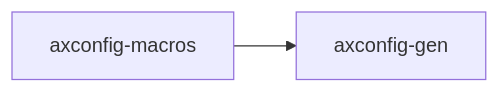
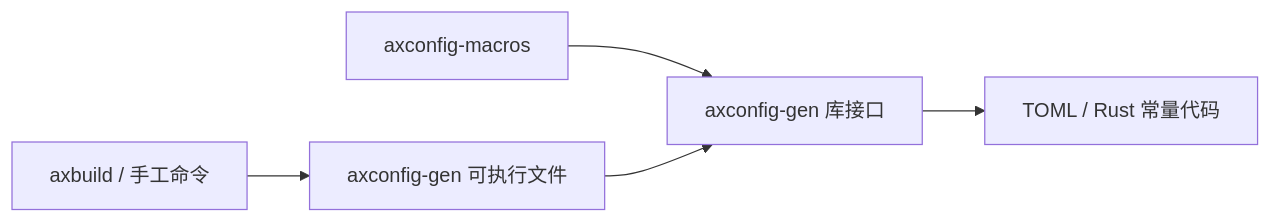
One commit to rcore-os/tgoskits changed the second of 2 diagrams in docs/crates/axconfig-gen.md. Above: the diagram before and after it, drawn with Mermaid. The commit also changed other lines of this file and 99 other files, not shown here.

````diff
--- a/docs/crates/axconfig-gen.md
+++ b/docs/crates/axconfig-gen.md
@@ -36,5 +90,7 @@
 ```mermaid
 graph LR
-    current["axconfig-gen"]
-    axconfig_macros["axconfig-macros"] --> current
+    cli["axbuild / 手工命令"] --> exe["axconfig-gen 可执行文件"]
+    macros["axconfig-macros"] --> lib["axconfig-gen 库接口"]
+    exe --> lib
+    lib --> out["TOML / Rust 常量代码"]
 ```
````
